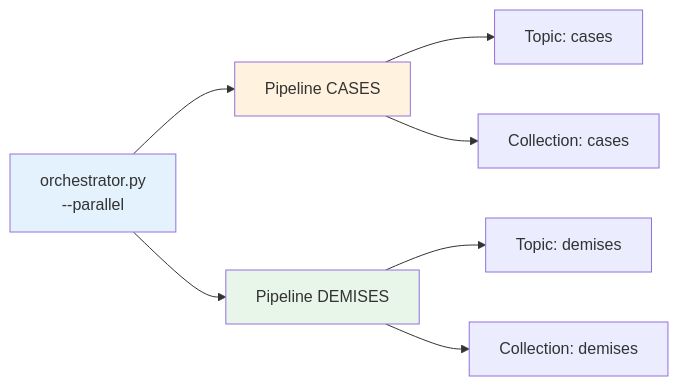
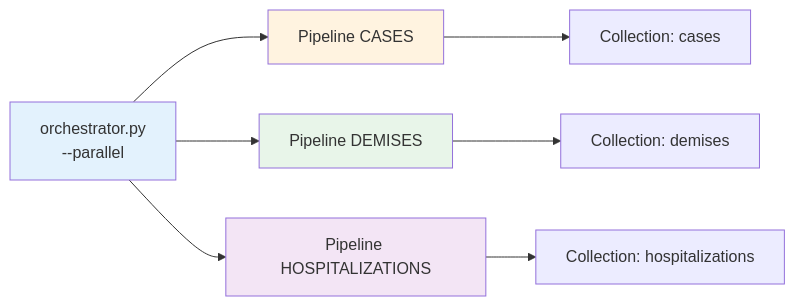
The fourth of 4 diagrams in QUICKSTART.md (arthur8davis/tfm-dataflow-architecture), drawn with Mermaid before and after one commit. The commit also changed other lines of this file and 9 other files, not shown here.

````diff
--- a/QUICKSTART.md
+++ b/QUICKSTART.md
@@ -177,15 +178,15 @@
 ```mermaid
 flowchart LR
     Orch["orchestrator.py\n--parallel"] --> Cases["Pipeline CASES"]
     Orch --> Demises["Pipeline DEMISES"]
-
-    Cases --> Kafka1["Topic: cases"]
-    Demises --> Kafka2["Topic: demises"]
+    Orch --> Hospitals["Pipeline HOSPITALIZATIONS"]
 
     Cases --> Mongo1["Collection: cases"]
     Demises --> Mongo2["Collection: demises"]
+    Hospitals --> Mongo3["Collection: hospitalizations"]
 
     style Orch fill:#e3f2fd
     style Cases fill:#fff3e0
     style Demises fill:#e8f5e9
+    style Hospitals fill:#f3e5f5
 ```
````
